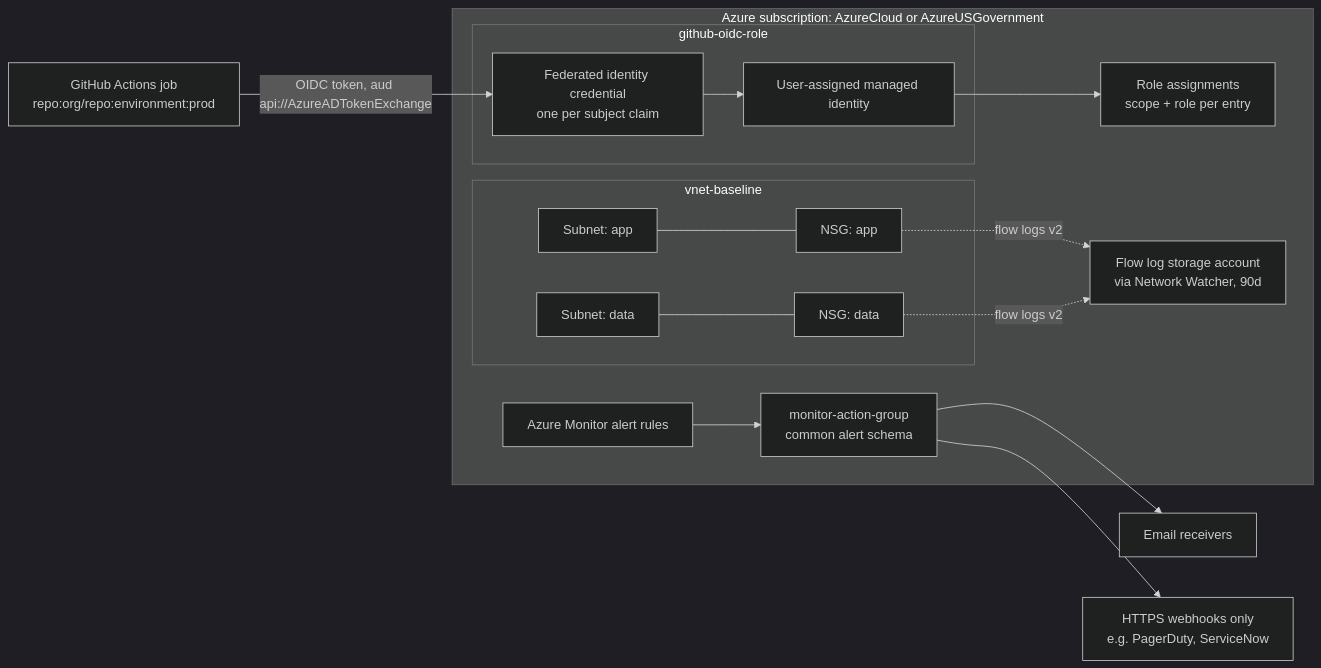
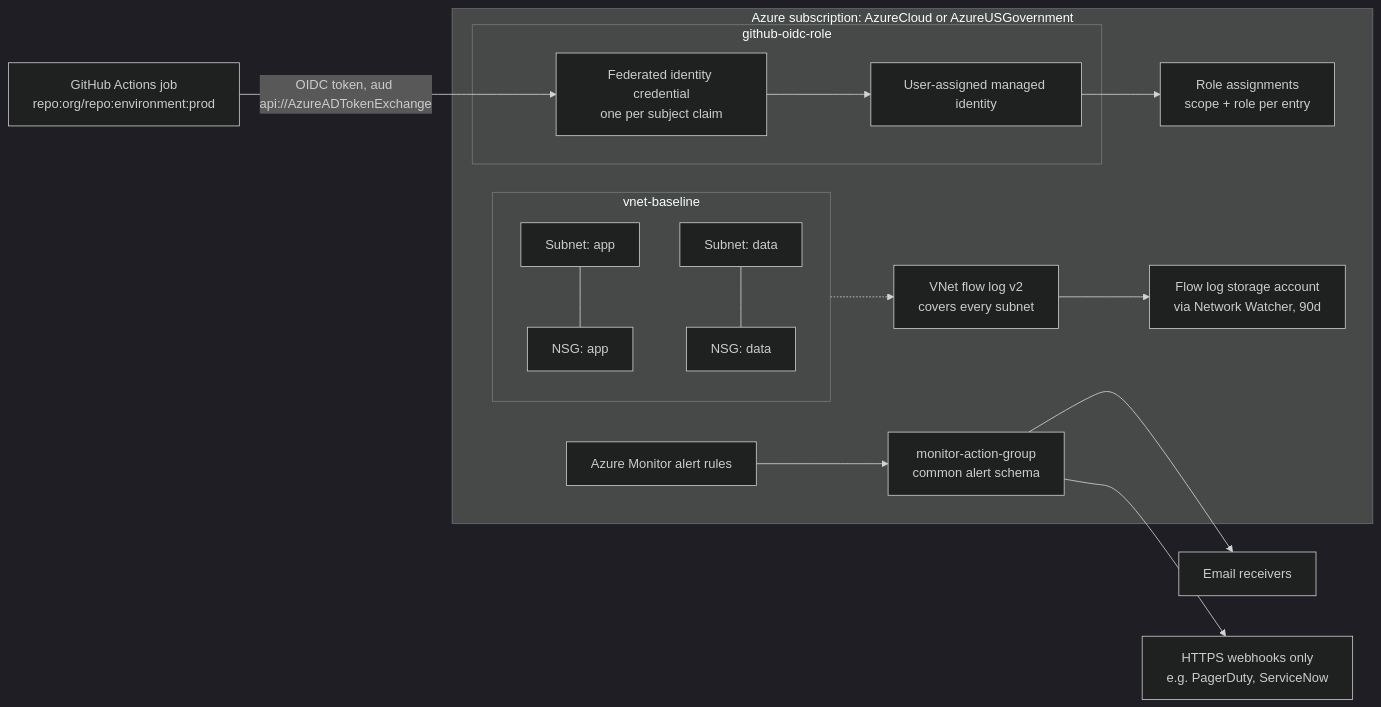
One commit to Krustytoe/terraform-azure-platform-modules changed the diagram in README.md. Above: the diagram before and after it, drawn with Mermaid (dark theme). The commit also changed other lines of this file and 8 other files, not shown here.

First line of the commit message:
fix(vnet-baseline)!: replace retired NSG flow logs with VNet flow logs (#7)

````diff
--- a/README.md
+++ b/README.md
@@ -13,37 +13,38 @@
 ```mermaid
 flowchart LR
   job["GitHub Actions job<br/>repo:org/repo:environment:prod"]
 
   subgraph sub["Azure subscription: AzureCloud or AzureUSGovernment"]
     subgraph idn["github-oidc-role"]
       fic["Federated identity credential<br/>one per subject claim"]
       uami["User-assigned managed identity"]
     end
     scope["Role assignments<br/>scope + role per entry"]
 
     subgraph vnet["vnet-baseline"]
       s1["Subnet: app"]
       n1["NSG: app"]
       s2["Subnet: data"]
       n2["NSG: data"]
     end
     sa["Flow log storage account<br/>via Network Watcher, 90d"]
+    fl["VNet flow log v2<br/>covers every subnet"]
 
     mon["Azure Monitor alert rules"]
     ag["monitor-action-group<br/>common alert schema"]
   end
 
   email["Email receivers"]
   hook["HTTPS webhooks only<br/>e.g. PagerDuty, ServiceNow"]
 
   job -- "OIDC token, aud api://AzureADTokenExchange" --> fic
   fic --> uami
   uami --> scope
   s1 --- n1
   s2 --- n2
-  n1 -. "flow logs v2" .-> sa
-  n2 -. "flow logs v2" .-> sa
+  vnet -.-> fl
+  fl --> sa
   mon --> ag
   ag --> email
   ag --> hook
 ```
````
